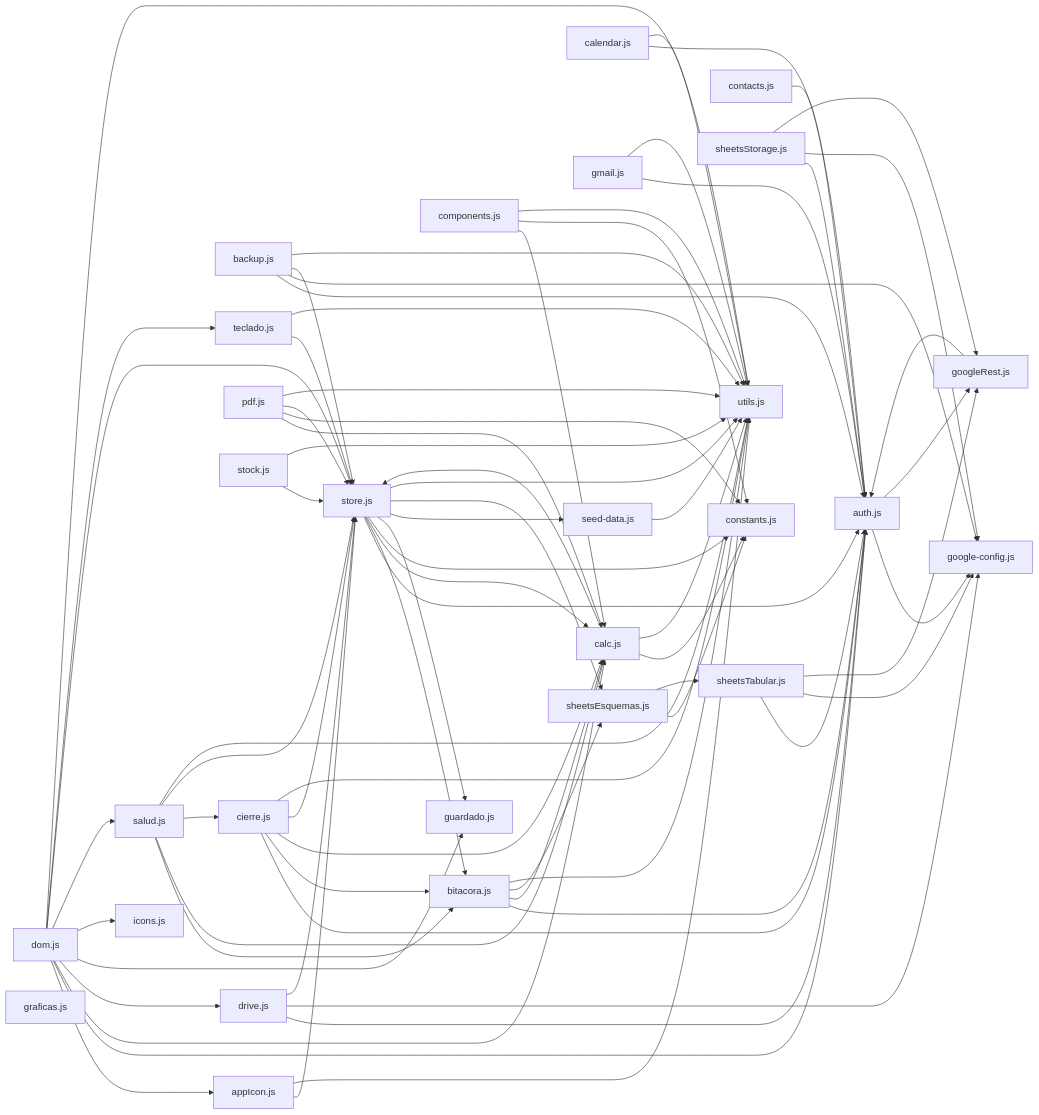
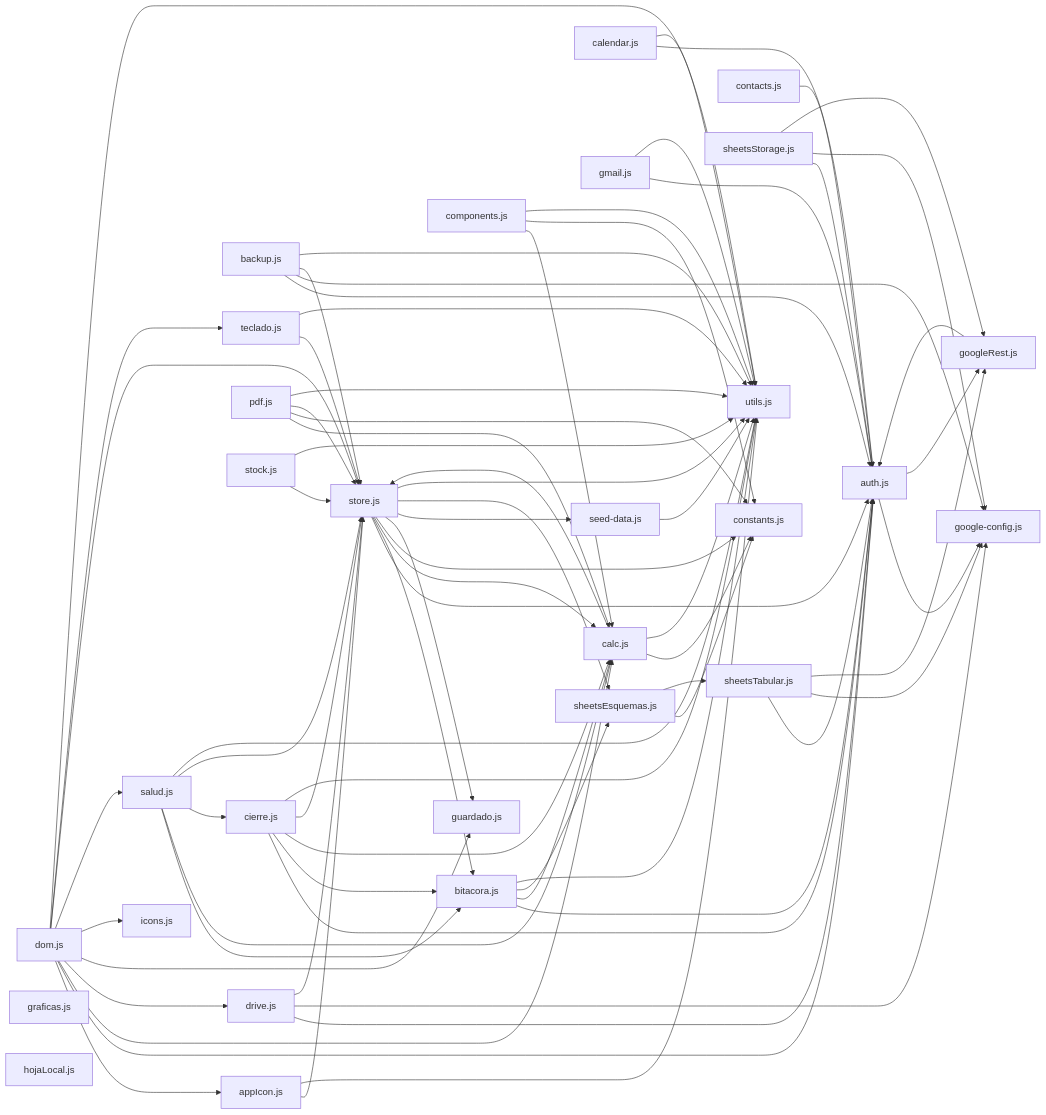
Before and after one commit to Bourskill/TALLER: the second of 3 diagrams in docs/MAPA-DEL-CODIGO.md, drawn with Mermaid. The commit also changed other lines of this file and 8 other files, not shown here.

```diff
--- a/docs/MAPA-DEL-CODIGO.md
+++ b/docs/MAPA-DEL-CODIGO.md
@@ -62,6 +62,7 @@
   core_googleRest_js["googleRest.js"]
   core_graficas_js["graficas.js"]
   core_guardado_js["guardado.js"]
+  core_hojaLocal_js["hojaLocal.js"]
   core_icons_js["icons.js"]
   core_pdf_js["pdf.js"]
   core_salud_js["salud.js"]
```
